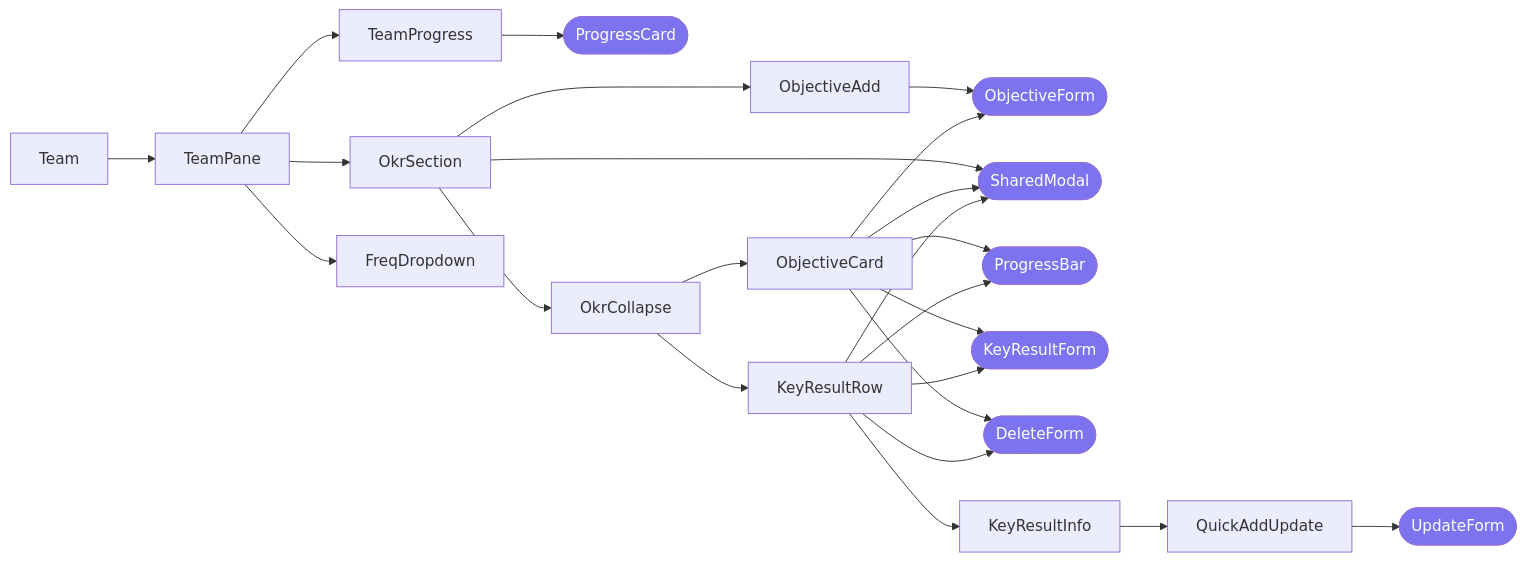
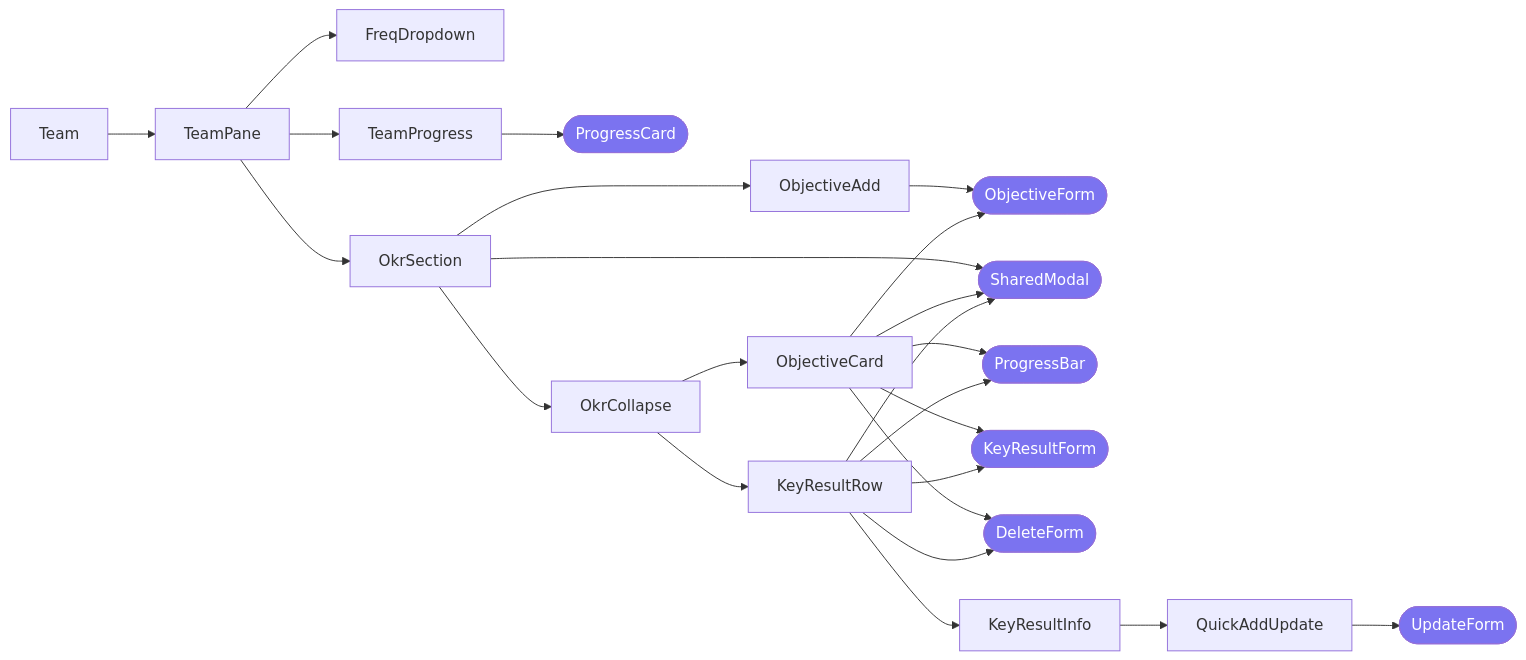
One commit to chrischow/rokr changed the fourth of 6 diagrams in dev/README.md. Above: the diagram before and after it, drawn with Mermaid. The commit also changed other lines of this file, not shown here.

````diff
--- a/dev/README.md
+++ b/dev/README.md
@@ -183,36 +183,36 @@
 ```mermaid
 graph LR
   %% Team
   Team --> TeamPane
+  TeamPane --> FreqDropdown
   TeamPane --> TeamProgress
   TeamPane --> OkrSection
-  TeamPane --> FreqDropdown
 
   TeamProgress --> PC([ProgressCard])
 
   OkrSection --> ObjectiveAdd
   OkrSection --> OkrCollapse
   ObjectiveAdd --> OF([ObjectiveForm])
   OkrSection --> SM([SharedModal])
 
   OkrCollapse --> KeyResultRow
   OkrCollapse --> ObjectiveCard
 
   ObjectiveCard --> SM
   ObjectiveCard --> PB([ProgressBar])
   ObjectiveCard --> OF
   ObjectiveCard --> KRF([KeyResultForm])
   ObjectiveCard --> DF([DeleteForm])
 
   KeyResultRow --> PB
   KeyResultRow --> SM
   KeyResultRow --> KeyResultInfo
   KeyResultRow --> KRF
   KeyResultRow --> DF
 
   KeyResultInfo --> QuickAddUpdate
   QuickAddUpdate --> UF([UpdateForm])
 
   classDef shared fill:#7b73f0,color:white
   class PC,SM,DF,UF,OF,KRF,PB shared
 ```
````
